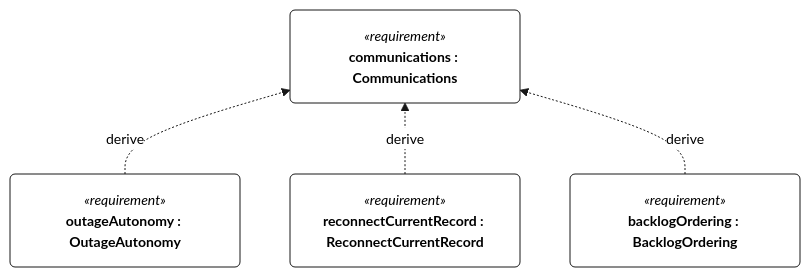
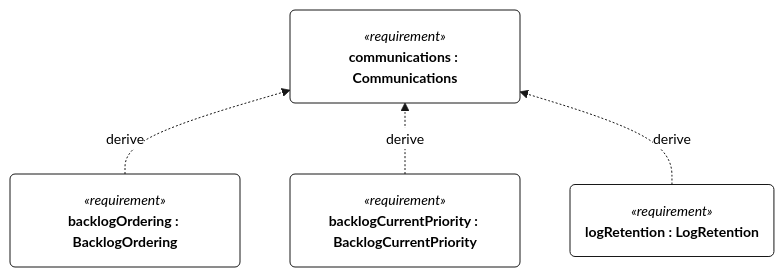
One commit to DavidIngraham/sv-blue-dog changed the second of 3 diagrams in docs/figures/requirements-e-005.md. Above: the diagram before and after it, drawn with Mermaid. The commit also changed other lines of this file and 130 other files, not shown here.

````diff
--- a/docs/figures/requirements-e-005.md
+++ b/docs/figures/requirements-e-005.md
@@ -77,43 +73,43 @@
 ```mermaid
 ---
 config:
   fontFamily: "Helvetica, Arial, sans-serif"
   theme: base
   themeCSS: ".edgeLabel rect { opacity: 1 !important; } .cluster-label .nodeLabel { text-align: center; }"
   themeVariables:
     fontFamily: "Helvetica, Arial, sans-serif"
     fontSize: "14px"
     primaryColor: "#FFFFFF"
     secondaryColor: "#FFFFFF"
     tertiaryColor: "#FFFFFF"
     background: "#FFFFFF"
     primaryBorderColor: "#181818"
     primaryTextColor: "#000000"
     lineColor: "#181818"
     textColor: "#000000"
     noteBkgColor: "#FEFFDD"
     noteBorderColor: "#181818"
     noteTextColor: "#000000"
     clusterBkg: "#FFFFFF"
     clusterBorder: "#181818"
     edgeLabelBackground: "#FFFFFF"
 ---
 %% BlueDogViews::communications2 — requirement rendering (view def GeneralView, filter @RequirementUsage)
-%% not represented: 216 node(s) without a position, left undrawn, and 412 edge(s) at them
+%% not represented: 121 node(s) without a position, left undrawn, and 179 edge(s) at them
 %% layout: n0 x=0 y=0
 %% layout: n1 x=0 y=200
 %% layout: n2 x=300 y=200
 %% layout: n3 x=600 y=200
 flowchart BT
   n0("`*«requirement»*
 **communications : Communications**`")
   n1("`*«requirement»*
-**outageAutonomy : OutageAutonomy**`")
+**backlogOrdering : BacklogOrdering**`")
   n2("`*«requirement»*
-**reconnectCurrentRecord : ReconnectCurrentRecord**`")
+**backlogCurrentPriority : BacklogCurrentPriority**`")
   n3("`*«requirement»*
-**backlogOrdering : BacklogOrdering**`")
+**logRetention : LogRetention**`")
   n1 -.->|"derive"| n0
   n2 -.->|"derive"| n0
   n3 -.->|"derive"| n0
 ```
````
